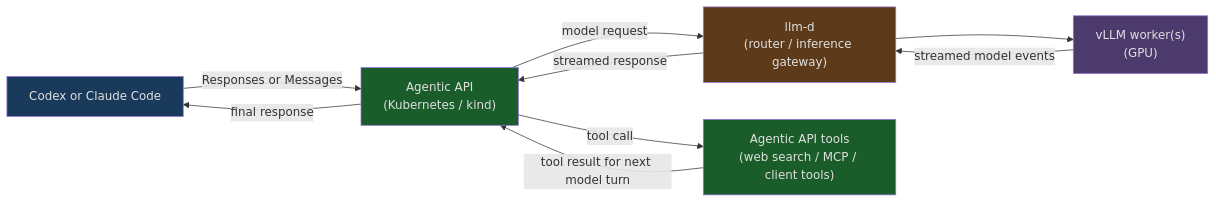
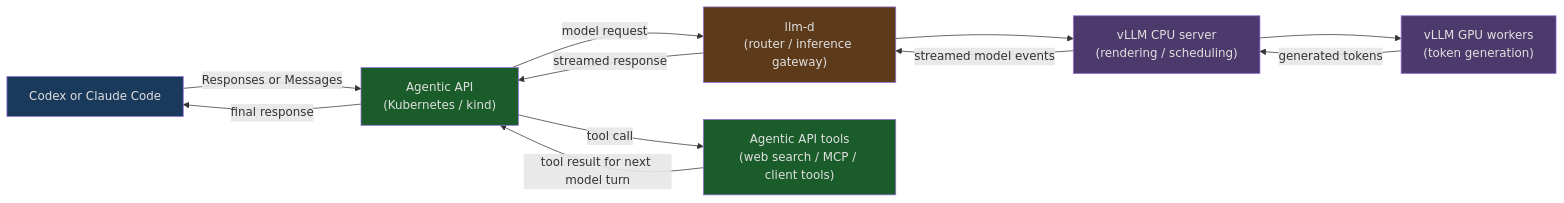
One commit to StevenWang-CY/agentic-api changed the diagram in docs/deploying/README.md. Above: the diagram before and after it, drawn with Mermaid. The commit also changed other lines of this file, not shown here.

Commit message:
docs: show vLLM CPU and GPU layers

````diff
--- a/docs/deploying/README.md
+++ b/docs/deploying/README.md
@@ -22,26 +22,29 @@
 ```mermaid
 flowchart LR
     C["Codex or Claude Code"]
     A["Agentic API\n(Kubernetes / kind)"]
     L["llm-d\n(router / inference gateway)"]
-    V["vLLM worker(s)\n(GPU)"]
+    VC["vLLM CPU server\n(rendering / scheduling)"]
+    VG["vLLM GPU workers\n(token generation)"]
     T["Agentic API tools\n(web search / MCP / client tools)"]
 
     C -->|"Responses or Messages"| A
     A -->|"model request"| L
-    L --> V
-    V -->|"streamed model events"| L
+    L --> VC
+    VC --> VG
+    VG -->|"generated tokens"| VC
+    VC -->|"streamed model events"| L
     L -->|"streamed response"| A
     A -->|"tool call"| T
     T -->|"tool result for next model turn"| A
     A -->|"final response"| C
 
     classDef client fill:#1a3a5c,color:#e0e0e0
     classDef gateway fill:#1a5c2a,color:#e0e0e0
     classDef router fill:#5c3a1a,color:#e0e0e0
     classDef worker fill:#4b3a6b,color:#e0e0e0
     class C client
     class A,T gateway
     class L router
-    class V worker
+    class VC,VG worker
 ```
````
